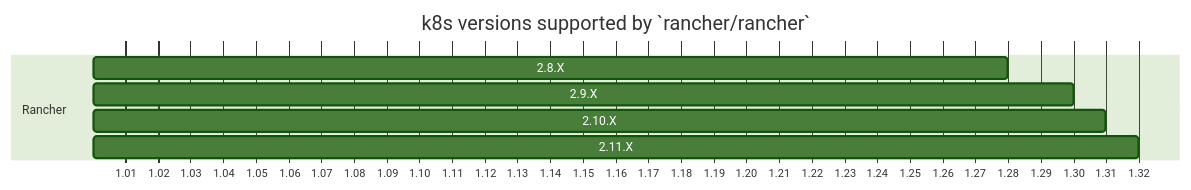
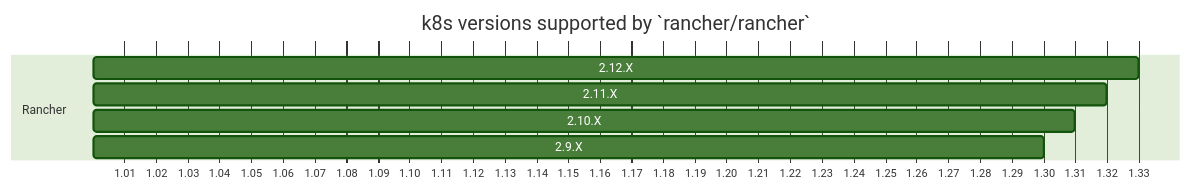
One commit to rancher/shell changed the diagram in README.md. Above: the diagram before and after it, drawn with Mermaid (forest theme). The commit also changed other lines of this file and 1 other file, not shown here.

Commit message:
Update renovate config and readme

````diff
--- a/README.md
+++ b/README.md
@@ -28,14 +29,14 @@
 ```mermaid
 
 gantt
     title k8s versions supported by `rancher/rancher`
     todayMarker off
     dateFormat X
     axisFormat 1.%S
     tickInterval 1second
     section Rancher
-        2.8.X           :25,28
+        2.12.X           :31,33
+        2.11.X           :30,32
+        2.10.X           :28,31
         2.9.X           :27,30
-        2.10.X           :28,31
-        2.11.X           :30,32
 ```
````
